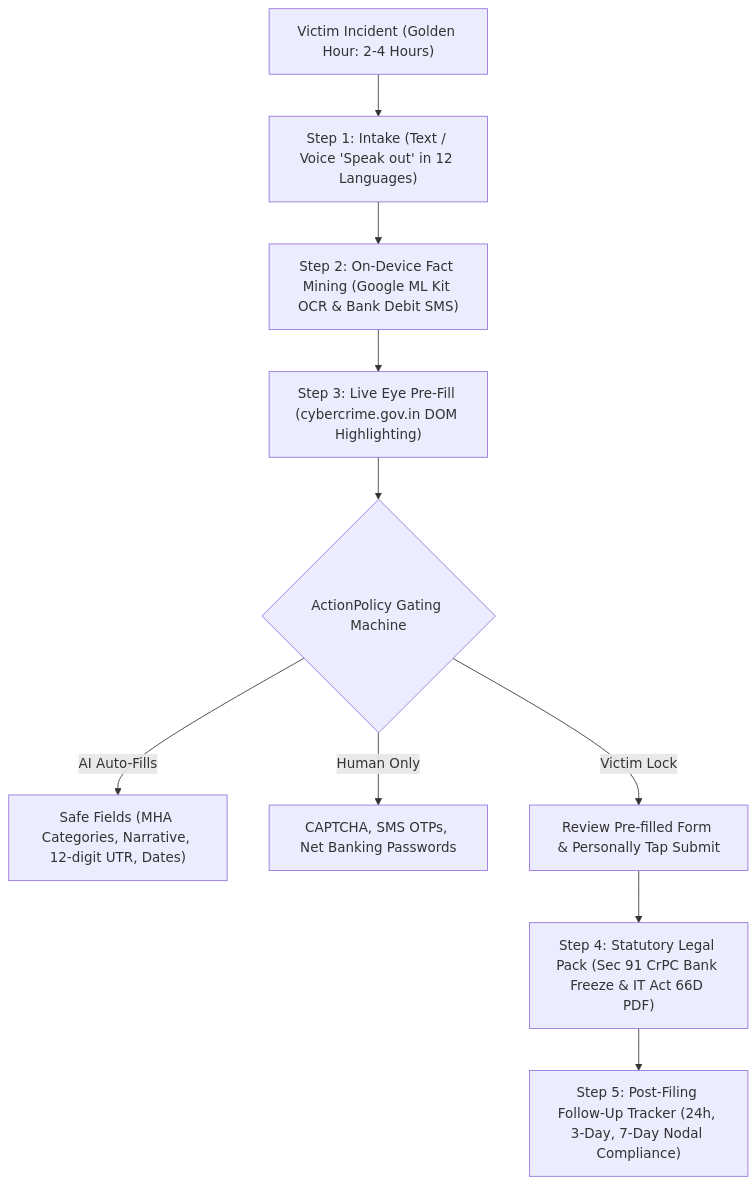
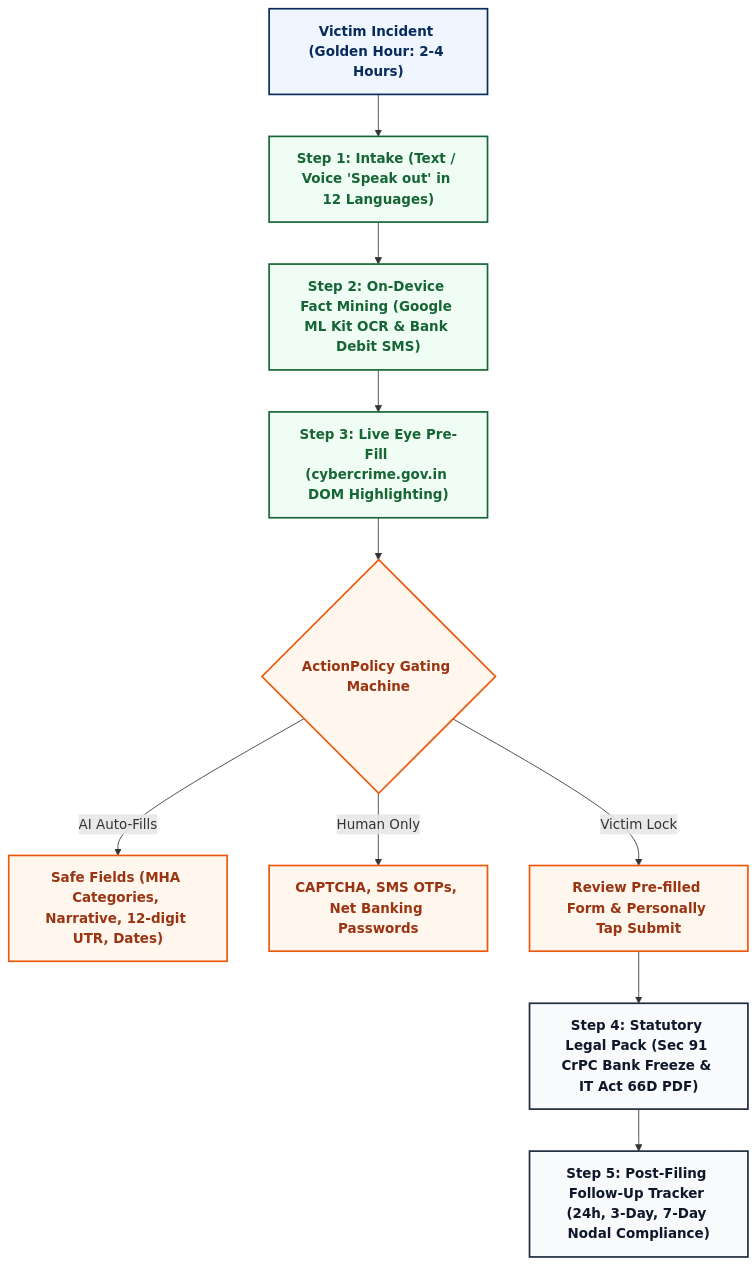
The first of 3 diagrams in README.md (vijjada/cyber-victim-assistant), drawn with Mermaid before and after one commit. The commit also changed other lines of this file, not shown here.

Commit message:
docs: set System Architecture diagram exclusively to uncolored monochrome

````diff
--- a/README.md
+++ b/README.md
@@ -41,12 +41,22 @@
 ```mermaid
 flowchart TD
+    classDef startNode fill:#EFF6FF,stroke:#082B5B,stroke-width:2px,color:#082B5B,font-weight:bold;
+    classDef stepNode fill:#F0FDF4,stroke:#166534,stroke-width:2px,color:#166534,font-weight:bold;
+    classDef gateNode fill:#FFF7ED,stroke:#EA580C,stroke-width:2px,color:#9A3412,font-weight:bold;
+    classDef legalNode fill:#F8FAFC,stroke:#1E293B,stroke-width:2px,color:#0F172A,font-weight:bold;
+
     A["Victim Incident (Golden Hour: 2-4 Hours)"] --> B["Step 1: Intake (Text / Voice 'Speak out' in 12 Languages)"]
     B --> C["Step 2: On-Device Fact Mining (Google ML Kit OCR & Bank Debit SMS)"]
     C --> D["Step 3: Live Eye Pre-Fill (cybercrime.gov.in DOM Highlighting)"]
     D --> E{"ActionPolicy Gating Machine"}
     E -->|"AI Auto-Fills"| F["Safe Fields (MHA Categories, Narrative, 12-digit UTR, Dates)"]
     E -->|"Human Only"| G["CAPTCHA, SMS OTPs, Net Banking Passwords"]
     E -->|"Victim Lock"| H["Review Pre-filled Form & Personally Tap Submit"]
     H --> I["Step 4: Statutory Legal Pack (Sec 91 CrPC Bank Freeze & IT Act 66D PDF)"]
     I --> J["Step 5: Post-Filing Follow-Up Tracker (24h, 3-Day, 7-Day Nodal Compliance)"]
+
+    class A startNode;
+    class B,C,D stepNode;
+    class E,F,G,H gateNode;
+    class I,J legalNode;
 ```
````
